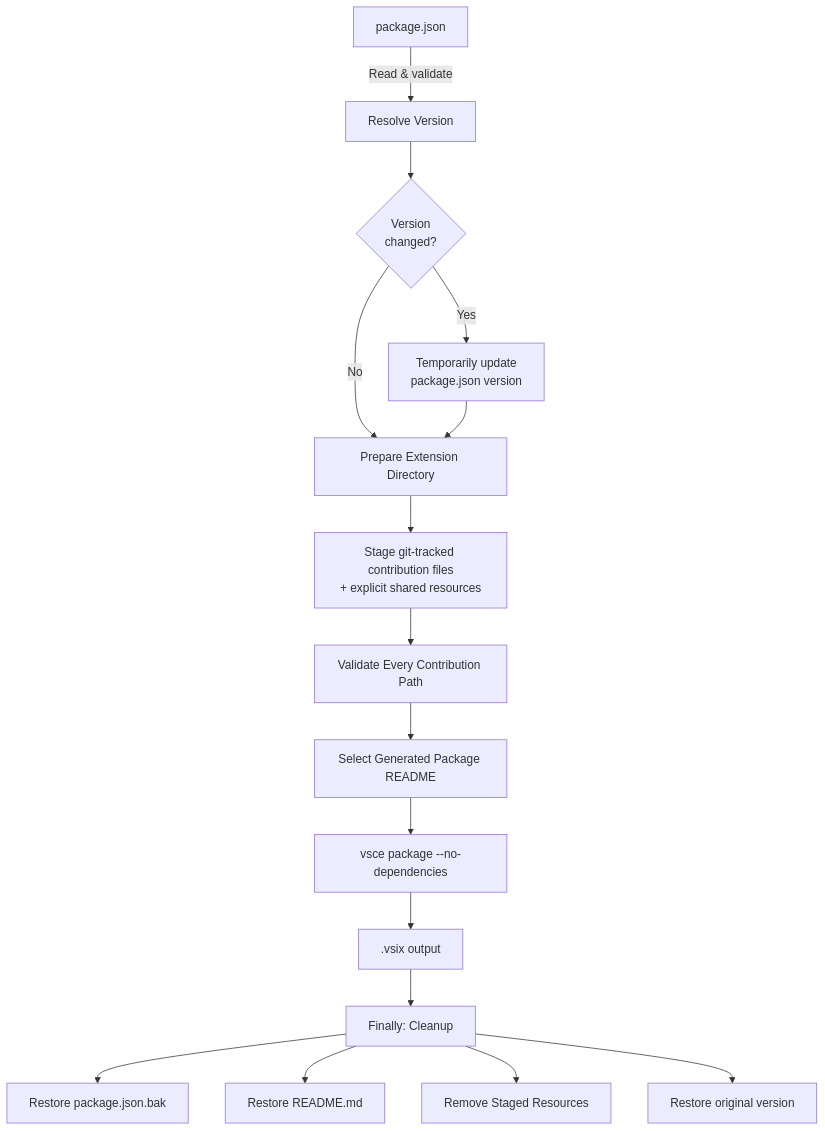
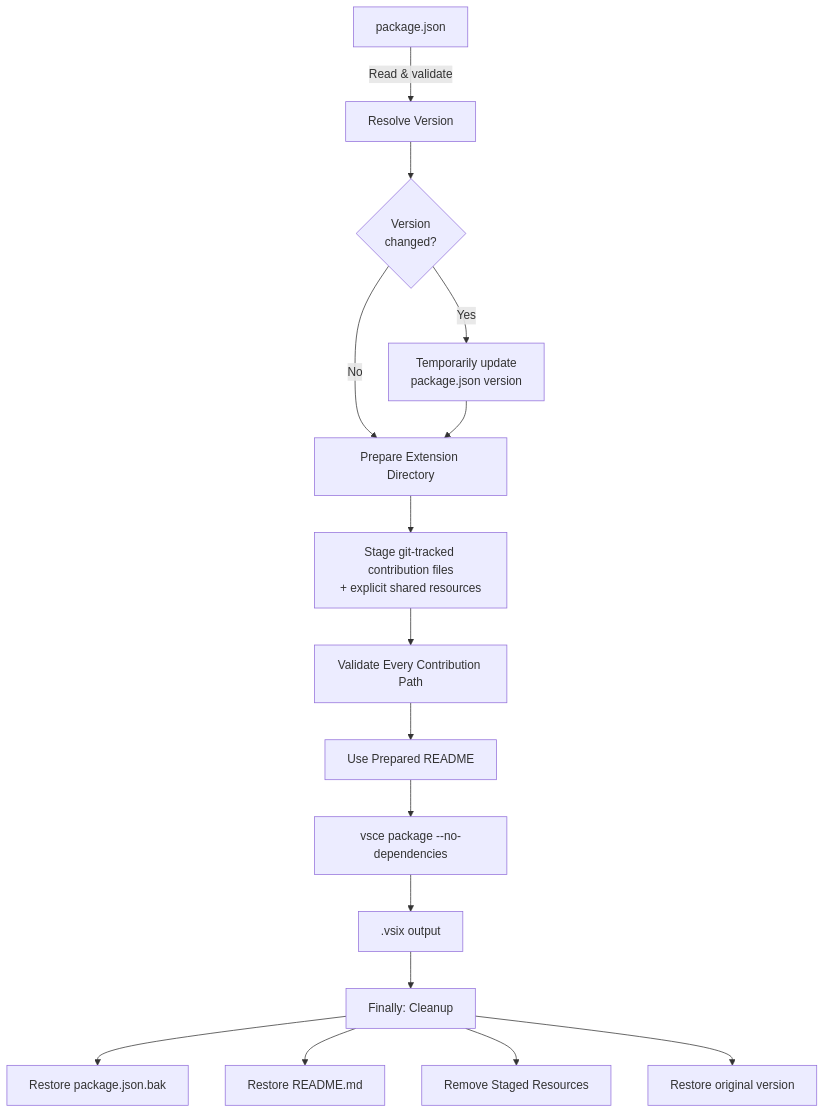
Before and after one commit to MohammedAlkindi/hve-core: the third of 3 diagrams in extension/PACKAGING.md, drawn with Mermaid. The commit also changed other lines of this file and 142 other files, not shown here.

````diff
--- a/extension/PACKAGING.md
+++ b/extension/PACKAGING.md
@@ -233,21 +223,21 @@
 ```mermaid
 flowchart TB
     PKG["package.json"] -->|"Read & validate"| VER[Resolve Version]
     VER --> TMPVER{"Version<br/>changed?"}
     TMPVER -->|Yes| WRITE["Temporarily update<br/>package.json version"]
     TMPVER -->|No| PREP
     WRITE --> PREP[Prepare Extension Directory]
 
     PREP --> STAGE["Stage git-tracked contribution files<br/>+ explicit shared resources"]
     STAGE --> CHECK[Validate Every Contribution Path]
-    CHECK --> RDM[Select Generated Package README]
+    CHECK --> RDM[Use Prepared README]
     RDM --> VSCE
 
     VSCE["vsce package --no-dependencies"] --> VSIX[".vsix output"]
 
     VSIX --> CLEAN["Finally: Cleanup"]
     CLEAN --> R1["Restore package.json.bak"]
     CLEAN --> R2[Restore README.md]
     CLEAN --> R3[Remove Staged Resources]
     CLEAN --> R4["Restore original version"]
 ```
````
